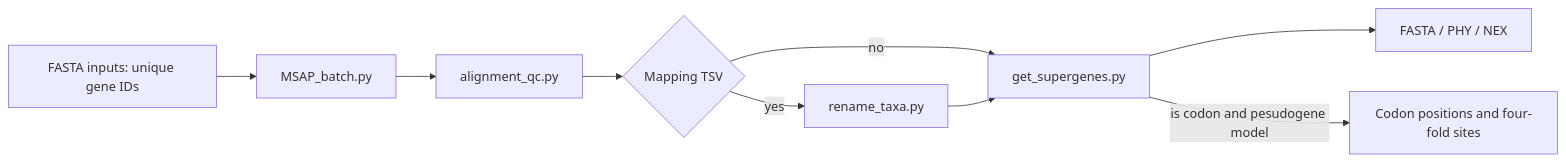
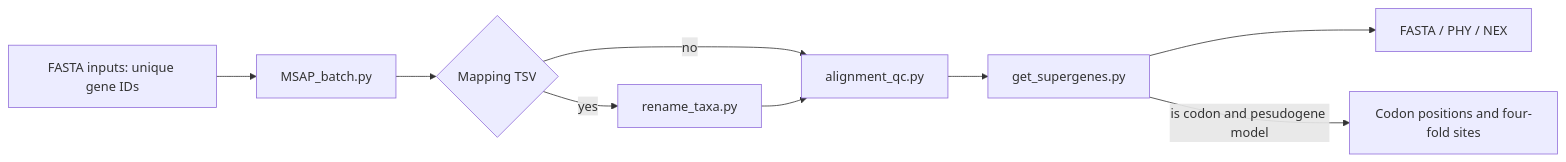
Before and after one commit to thecgs/PhyloPrep: the diagram in README.md, drawn with Mermaid. The commit also changed other lines of this file and 10 other files, not shown here.

````diff
--- a/README.md
+++ b/README.md
@@ -99,10 +99,11 @@
 ```mermaid
 flowchart LR
-  A[FASTA inputs: unique gene IDs] --> B[MSAP_batch.py] --> C[alignment_qc.py]
-  C --> D{Mapping TSV}
+  A[FASTA inputs: unique gene IDs] --> B[MSAP_batch.py]
+  B --> D{Mapping TSV}
   D -->|yes| E[rename_taxa.py]
-  D -->|no| F[get_supergenes.py]
-  E --> F
+  D -->|no| C[alignment_qc.py]
+  E --> C
+  C --> F[get_supergenes.py]
   F --> G[FASTA / PHY / NEX]
   F --> |is codon and pesudogene model| H[Codon positions and four-fold sites]
 ```
````
